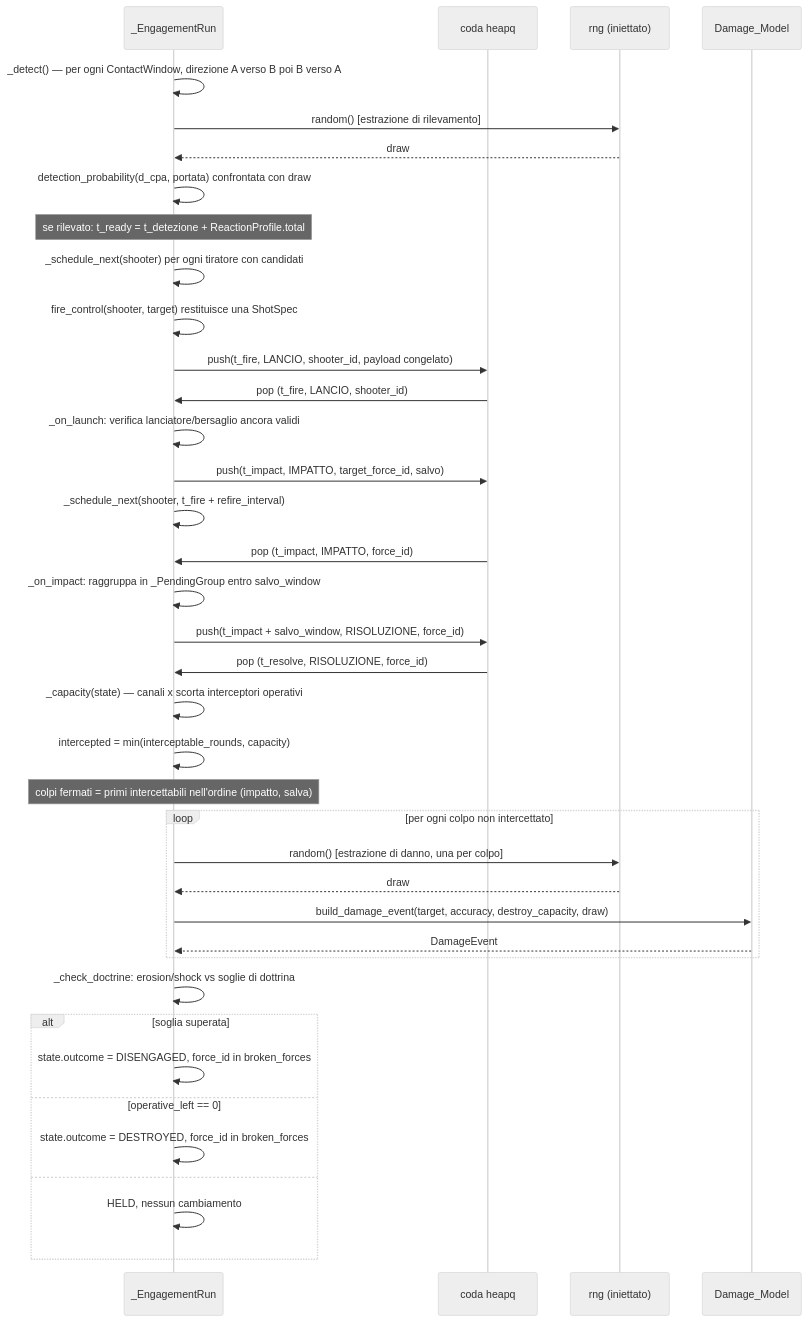
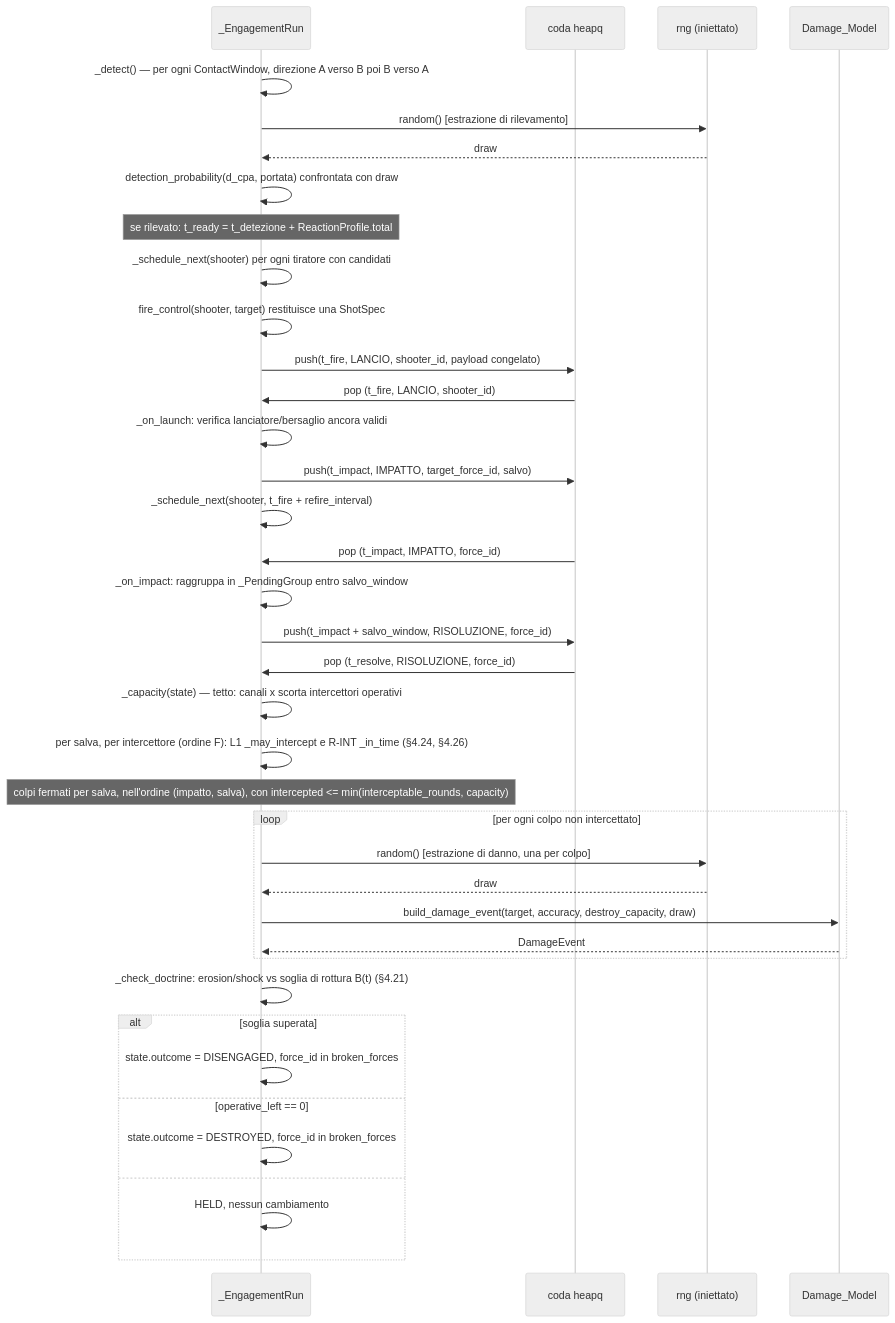
Before and after one commit to MakusIV/Warfare-Model: the third of 14 diagrams in Analysis/Document/Manuale_Motore_DES/05_Strato2_Risolutore_Ingaggio.md, drawn with Mermaid (neutral theme). The commit also changed other lines of this file and 10 other files, not shown here.

````diff
--- a/Analysis/Document/Manuale_Motore_DES/05_Strato2_Risolutore_Ingaggio.md
+++ b/Analysis/Document/Manuale_Motore_DES/05_Strato2_Risolutore_Ingaggio.md
@@ -374,47 +500,47 @@
 ```mermaid
 sequenceDiagram
     participant Run as _EngagementRun
     participant Q as coda heapq
     participant RNG as rng (iniettato)
     participant DM as Damage_Model
 
     Run->>Run: _detect() — per ogni ContactWindow, direzione A verso B poi B verso A
     Run->>RNG: random() [estrazione di rilevamento]
     RNG-->>Run: draw
     Run->>Run: detection_probability(d_cpa, portata) confrontata con draw
     Note over Run: se rilevato: t_ready = t_detezione + ReactionProfile.total
 
     Run->>Run: _schedule_next(shooter) per ogni tiratore con candidati
     Run->>Run: fire_control(shooter, target) restituisce una ShotSpec
     Run->>Q: push(t_fire, LANCIO, shooter_id, payload congelato)
 
     Q->>Run: pop (t_fire, LANCIO, shooter_id)
     Run->>Run: _on_launch: verifica lanciatore/bersaglio ancora validi
     Run->>Q: push(t_impact, IMPATTO, target_force_id, salvo)
     Run->>Run: _schedule_next(shooter, t_fire + refire_interval)
 
     Q->>Run: pop (t_impact, IMPATTO, force_id)
     Run->>Run: _on_impact: raggruppa in _PendingGroup entro salvo_window
     Run->>Q: push(t_impact + salvo_window, RISOLUZIONE, force_id)
 
     Q->>Run: pop (t_resolve, RISOLUZIONE, force_id)
-    Run->>Run: _capacity(state) — canali x scorta interceptori operativi
-    Run->>Run: intercepted = min(interceptable_rounds, capacity)
-    Note over Run: colpi fermati = primi intercettabili nell'ordine (impatto, salva)
+    Run->>Run: _capacity(state) — tetto: canali x scorta intercettori operativi
+    Run->>Run: per salva, per intercettore (ordine F): L1 _may_intercept e R-INT _in_time (§4.24, §4.26)
+    Note over Run: colpi fermati per salva, nell'ordine (impatto, salva), con intercepted <= min(interceptable_rounds, capacity)
 
     loop per ogni colpo non intercettato
         Run->>RNG: random() [estrazione di danno, una per colpo]
         RNG-->>Run: draw
         Run->>DM: build_damage_event(target, accuracy, destroy_capacity, draw)
         DM-->>Run: DamageEvent
     end
 
-    Run->>Run: _check_doctrine: erosion/shock vs soglie di dottrina
+    Run->>Run: _check_doctrine: erosion/shock vs soglia di rottura B(t) (§4.21)
     alt soglia superata
         Run->>Run: state.outcome = DISENGAGED, force_id in broken_forces
     else operative_left == 0
         Run->>Run: state.outcome = DESTROYED, force_id in broken_forces
     else
         Run->>Run: HELD, nessun cambiamento
     end
 ```
````
